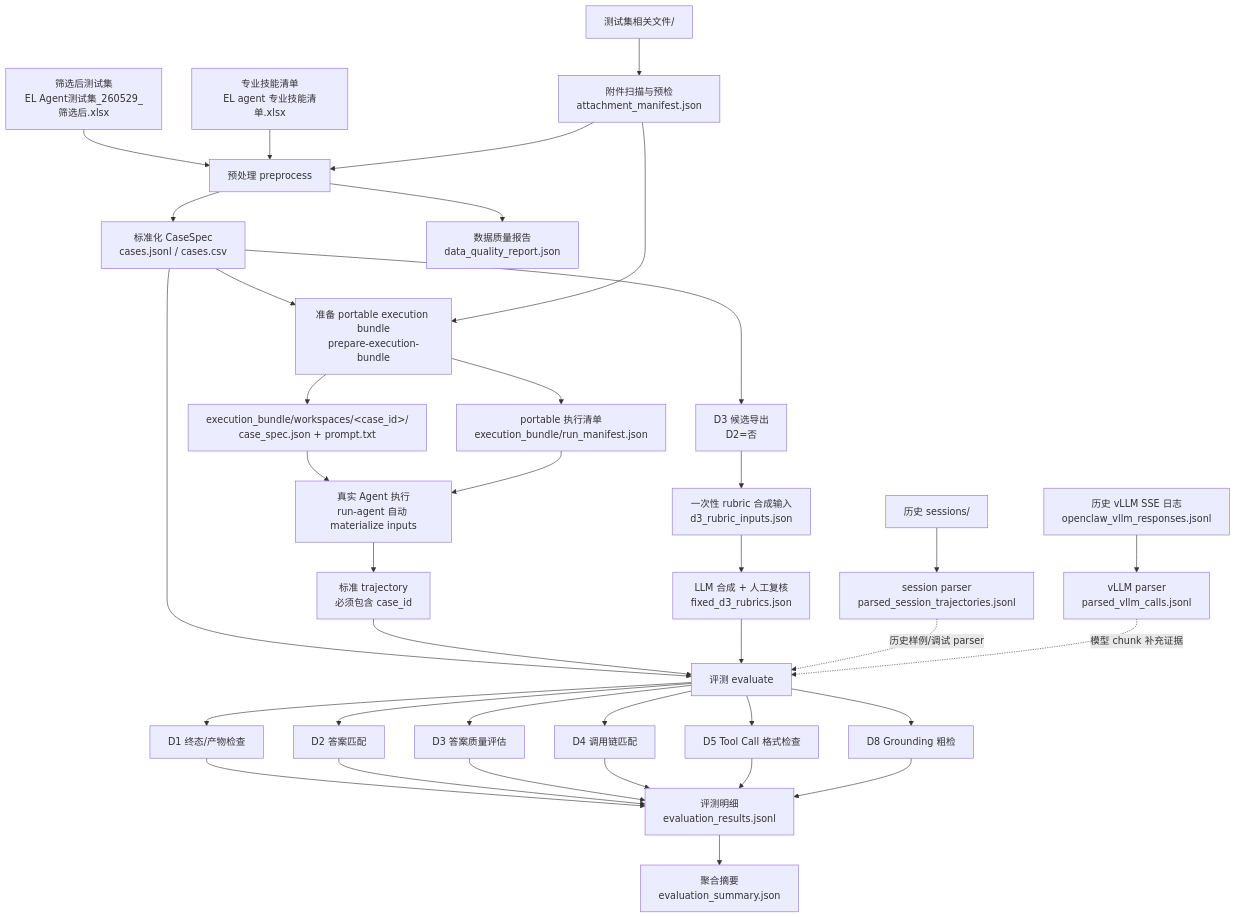
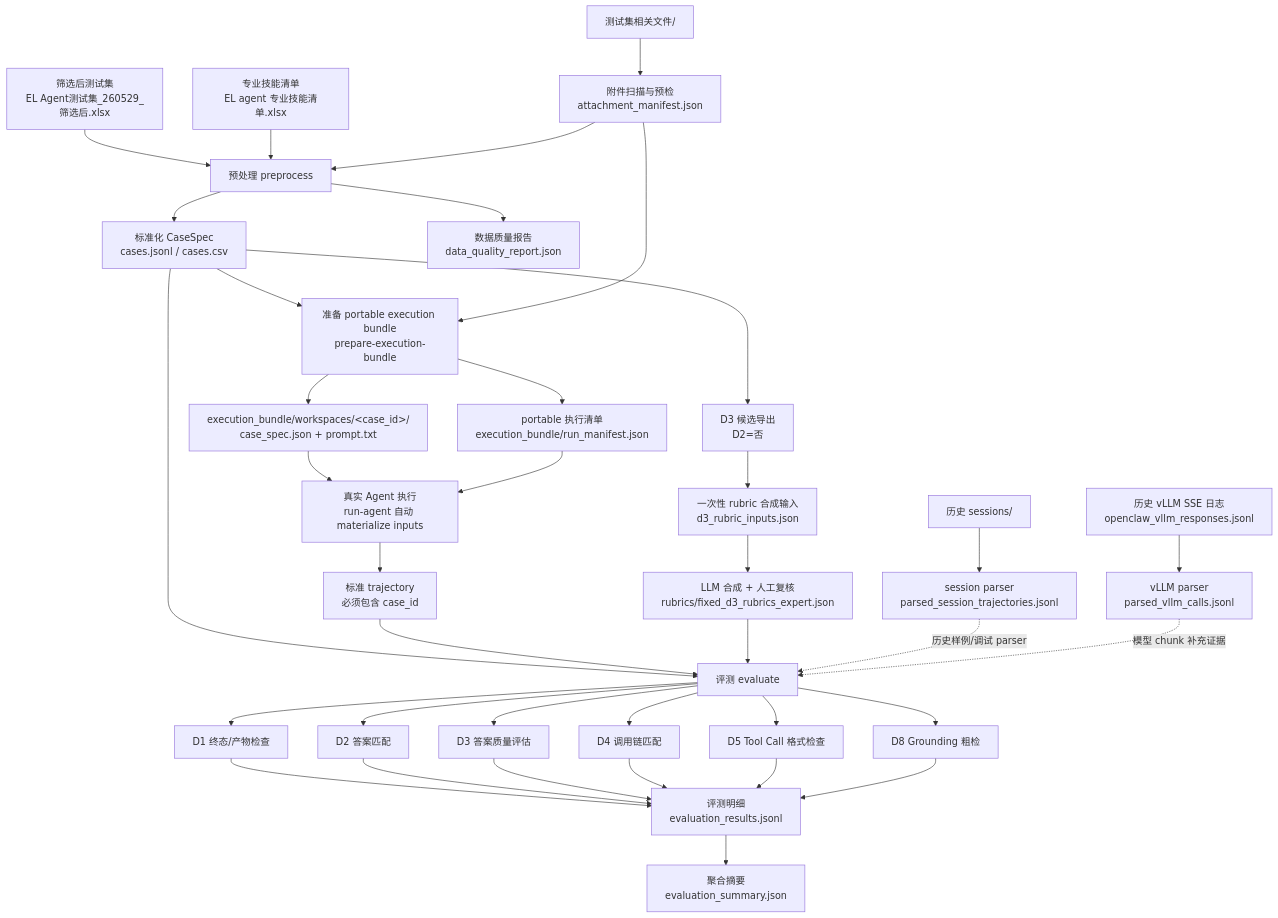
Before and after one commit to JingChufei/el-agent-evaluation: the diagram in README.md, drawn with Mermaid. The commit also changed other lines of this file and 14 other files, not shown here.

Commit message:
Update expert rubrics and revised test cases

````diff
--- a/README.md
+++ b/README.md
@@ -31,45 +31,45 @@
 ```mermaid
 flowchart TD
   A["筛选后测试集<br/>EL Agent测试集_260529_筛选后.xlsx"] --> B["预处理 preprocess"]
   C["测试集相关文件/"] --> D["附件扫描与预检<br/>attachment_manifest.json"]
   E["专业技能清单<br/>EL agent 专业技能清单.xlsx"] --> B
   F["历史 sessions/"] --> G["session parser<br/>parsed_session_trajectories.jsonl"]
   H["历史 vLLM SSE 日志<br/>openclaw_vllm_responses.jsonl"] --> I["vLLM parser<br/>parsed_vllm_calls.jsonl"]
 
   D --> B
   B --> J["标准化 CaseSpec<br/>cases.jsonl / cases.csv"]
   B --> K["数据质量报告<br/>data_quality_report.json"]
   J --> Y["D3 候选导出<br/>D2=否"]
   Y --> Z["一次性 rubric 合成输入<br/>d3_rubric_inputs.json"]
-  Z --> AA["LLM 合成 + 人工复核<br/>fixed_d3_rubrics.json"]
+  Z --> AA["LLM 合成 + 人工复核<br/>rubrics/fixed_d3_rubrics_expert.json"]
 
   J --> L["准备 portable execution bundle<br/>prepare-execution-bundle"]
   D --> L
   L --> M["execution_bundle/workspaces/&lt;case_id&gt;/<br/>case_spec.json + prompt.txt"]
   L --> N["portable 执行清单<br/>execution_bundle/run_manifest.json"]
 
   M --> O["真实 Agent 执行<br/>run-agent 自动 materialize inputs"]
   N --> O
   O --> P["标准 trajectory<br/>必须包含 case_id"]
 
   J --> Q["评测 evaluate"]
   P --> Q
   AA --> Q
   G -. "历史样例/调试 parser" .-> Q
   I -. "模型 chunk 补充证据" .-> Q
 
   Q --> R["D1 终态/产物检查"]
   Q --> S["D2 答案匹配"]
   Q --> T["D3 答案质量评估"]
   Q --> U["D4 调用链匹配"]
   Q --> V["D5 Tool Call 格式检查"]
   Q --> X1["D8 Grounding 粗检"]
 
   R --> W["评测明细<br/>evaluation_results.jsonl"]
   S --> W
   T --> W
   U --> W
   V --> W
   X1 --> W
   W --> X["聚合摘要<br/>evaluation_summary.json"]
 ```
````
